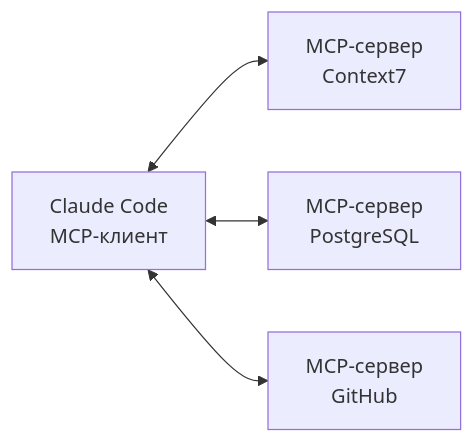
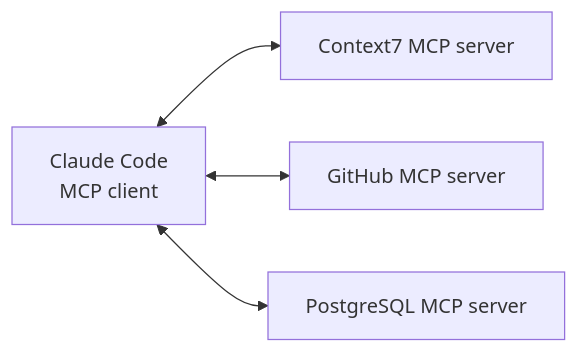
Before and after one commit to Artirain/stepik-course: the diagram in docs/section2/37-mcp-intro.md, drawn with Mermaid. The commit also changed other lines of this file and 26 other files, not shown here.

````diff
--- a/docs/section2/37-mcp-intro.md
+++ b/docs/section2/37-mcp-intro.md
@@ -19,6 +22,6 @@
 ```mermaid
 graph LR
-    A[Claude Code<br/>MCP-клиент] <--> B[MCP-сервер<br/>Context7]
-    A <--> C[MCP-сервер<br/>PostgreSQL]
-    A <--> D[MCP-сервер<br/>GitHub]
+    A[Claude Code<br/>MCP client] <--> B[Context7 MCP server]
+    A <--> C[GitHub MCP server]
+    A <--> D[PostgreSQL MCP server]
 ```
````
